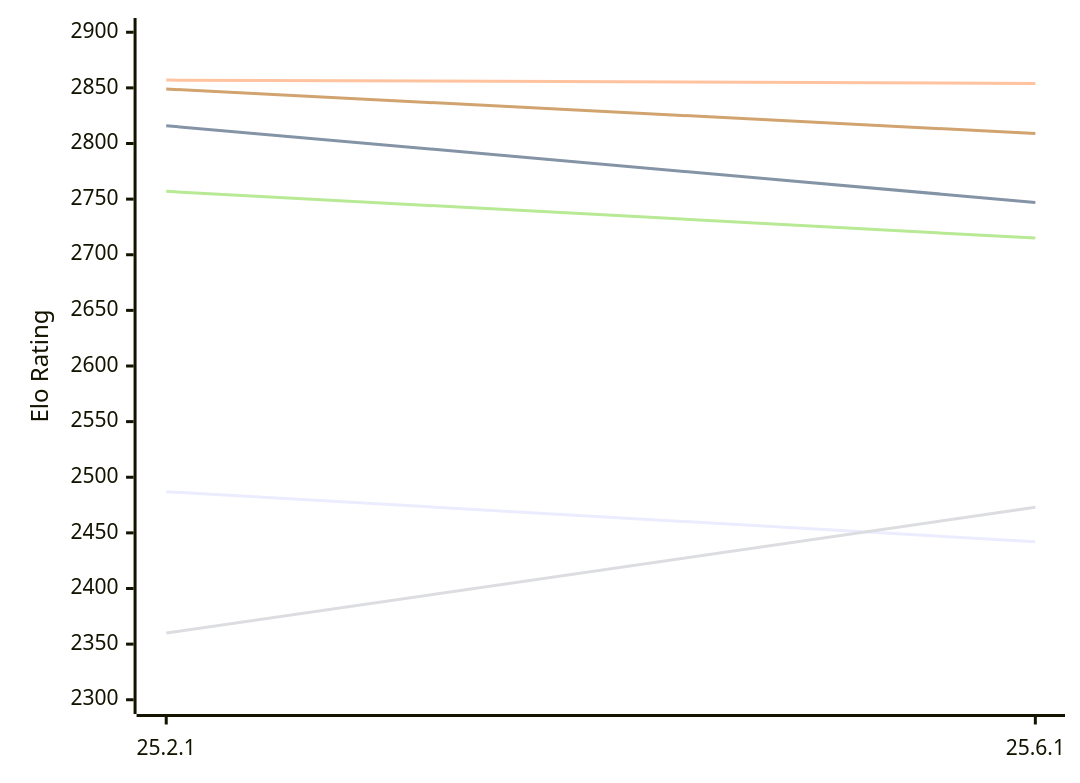
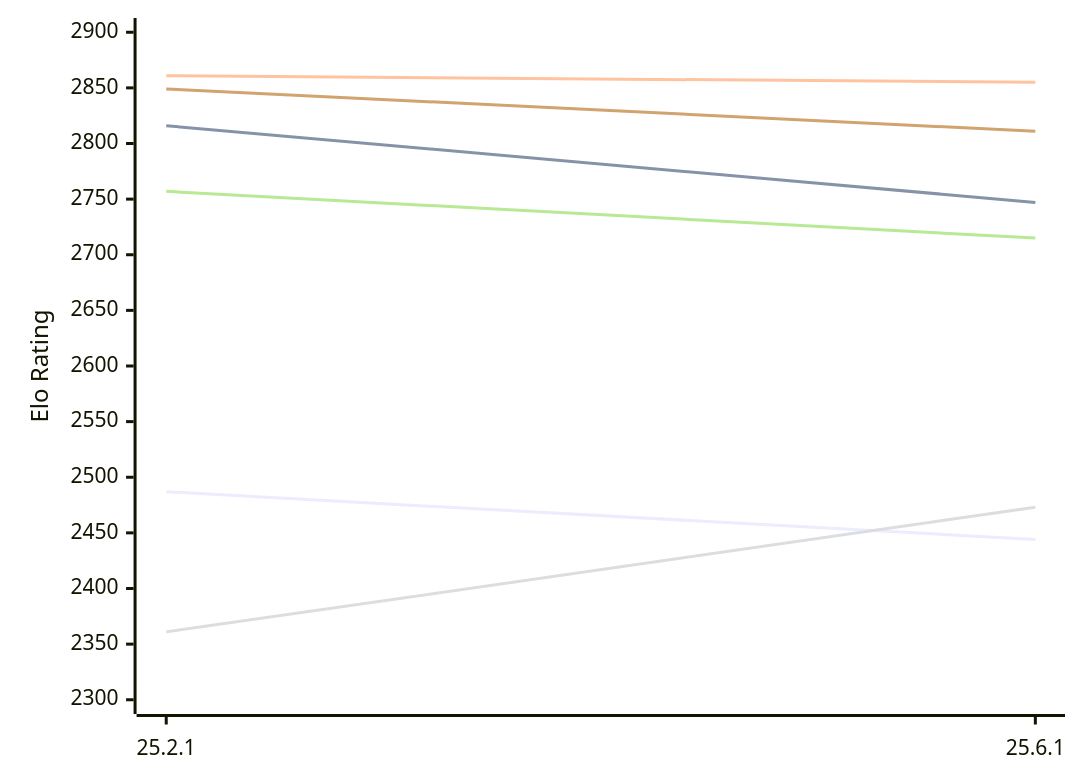
One commit to computer-chess-index/cci changed the first of 2 diagrams in engines/Crafty.md. Above: the diagram before and after it, drawn with Mermaid. The commit also changed other lines of this file, not shown here.

Commit message:
Update CCI Ratings (ELO VLTC) - 2026-11-27

````diff
--- a/engines/Crafty.md
+++ b/engines/Crafty.md
@@ -50,12 +50,12 @@
 ```mermaid
 %%{init: {"theme":"base","themeVariables":{"seriesColors:['#a3a3a3','#222221','#faa371']}}}%%
 xychart-beta
   x-axis ["25.2.1", "25.6.1"]
   y-axis "Elo Rating" 2300 --> 2900
-  line "E1: STC (8.0+0.08s)" [2487, 2442]
+  line "E1: STC (8.0+0.08s)" [2487, 2444]
   line "E1: LTC (60.0+0.60s)" [2816, 2747]
-  line "E1: VLTC (2m24s+1.12s)" [2857, 2854]
-  line "P1: STC (8.0+0.08s)" [2360, 2473]
+  line "E1: VLTC (2m24s+1.12s)" [2861, 2855]
+  line "P1: STC (8.0+0.08s)" [2361, 2473]
   line "P1: LTC (60.0+0.60s)" [2757, 2715]
-  line "P1: VLTC (2m24s+1.12s)" [2849, 2809]
+  line "P1: VLTC (2m24s+1.12s)" [2849, 2811]
 ```
````
